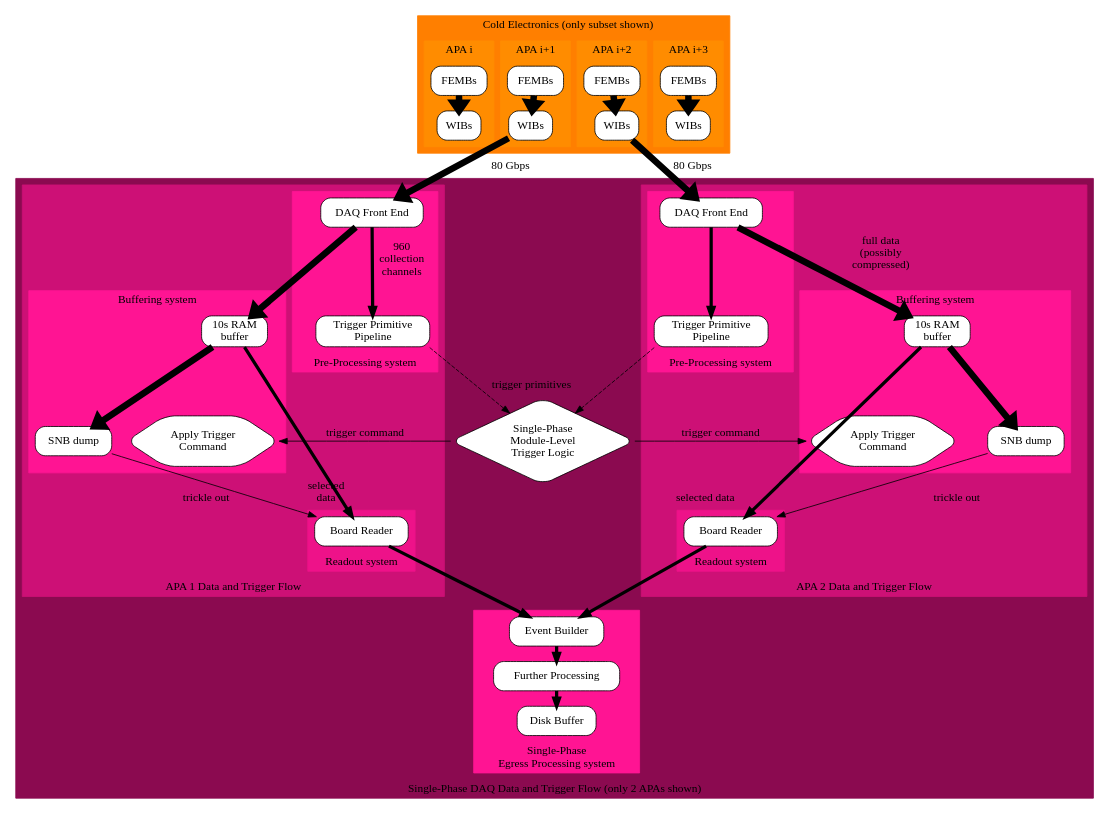
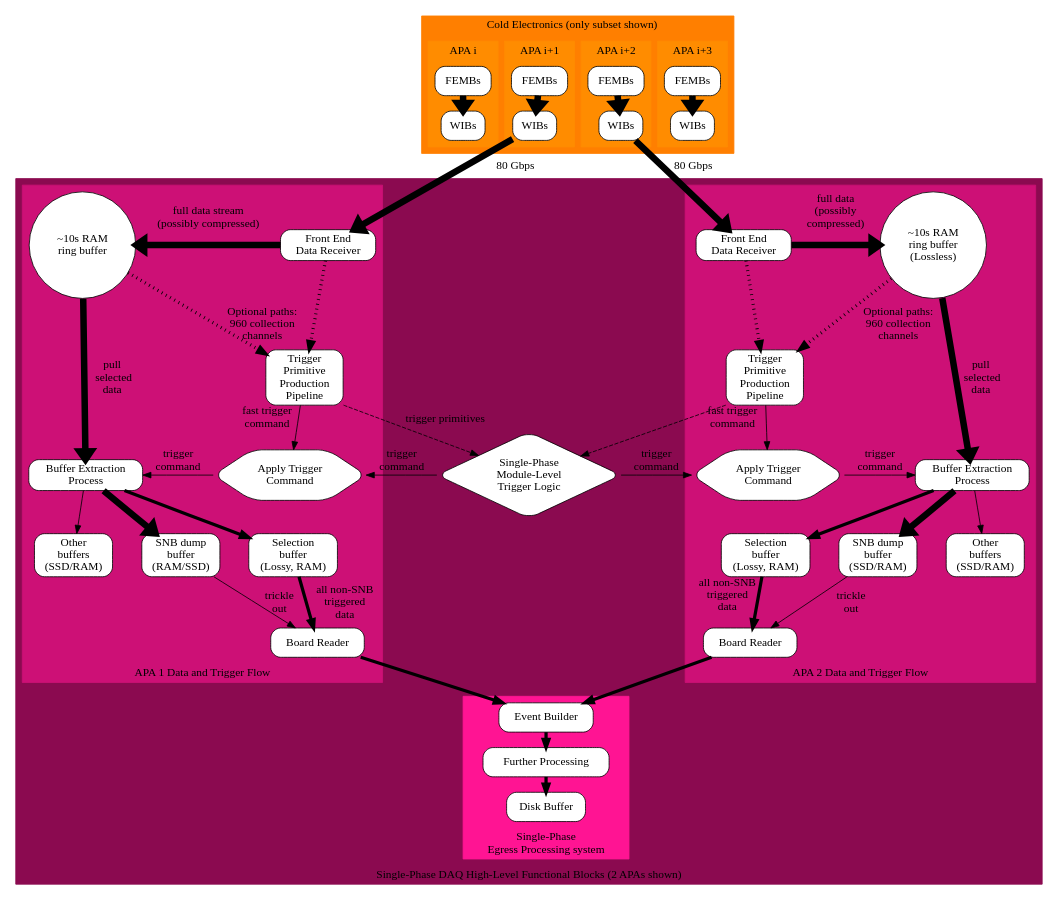
The diagram in docs/sphil.dot (brettviren/thread-tests), drawn with Graphviz before and after one commit. The commit also changed 3 other files, not shown here.

```diff
--- a/docs/sphil.dot
+++ b/docs/sphil.dot
@@ -1,158 +1,166 @@
 digraph sphil {
         node [style="rounded,filled",color=black,shape=box,fillcolor=white];
         graph [style=filled, splines=line, overlap=false];
         subgraph cluster_ce {
                 label="       Cold Electronics (only subset shown)          ";
                 graph[color=darkorange1, ranksep=1.8, nodesep=.5];
                 subgraph cluster_ceapa2{
                         label="APA i+3";
                         graph[color=darkorange];
                         CEi[label="FEMBs"];
                         WIBi[label="WIBs"];
                 }
                 subgraph cluster_ceapa4 {
                         label="APA i+1";
                         graph[color=darkorange];
                         CE1[label="FEMBs"];
                         WIB1[label="WIBs"];
                 }
                 subgraph cluster_ceapa1 {
                         label="APA i+2";
                         graph[color=darkorange];
                         CE2[label="FEMBs"];
                         WIB2[label="WIBs"];
                 }
                 subgraph cluster_ceapa3 {
                         label="APA i";
                         graph[color=darkorange];
                         CEj[label="FEMBs"];
                         WIBj[label="WIBs"];
                 }
         }
+
         subgraph cluster_daq {
-                label="Single-Phase DAQ Data and Trigger Flow (only 2 APAs shown)";
+                label="Single-Phase DAQ High-Level Functional Blocks (2 APAs shown)";
                 labelloc=bottom;
                 graph[color=deeppink4];                
 
                 trig[shape=diamond,label="Single-Phase\nModule-Level\nTrigger Logic"];
 
-                subgraph cluster_apa {
+                subgraph cluster_apa1 {
                         label="APA 1 Data and Trigger Flow";
                         graph[color=deeppink3];
-                        subgraph cluster_fe {
-                                label="Pre-Processing system";
-                                graph[color=deeppink1];
-                                fe[label="DAQ Front End"];
-                                pipe[label="Trigger Primitive\nPipeline"];
-                        }
-                        subgraph cluster_buf {
-                                label="Buffering system";
-                                labelloc=top;
-                                graph[color=deeppink1, ranksep=.8, nodesep=.25];
-                                buf[label="10s RAM\nbuffer"];
-                                snb[label="SNB dump"];
-                                ro[shape=hexagon,label="Apply Trigger\nCommand"];
-                        }
 
-                        subgraph cluster_ro {
-                                label="Readout system";
-                                graph[color=deeppink2];
-                                br[label="Board Reader"];
-                        }
+                        fe1[label="Front End\nData Receiver"];
+                        pipe1[label="Trigger\nPrimitive\nProduction\nPipeline"];
+                        buf1[shape=circle,label="~10s RAM\nring buffer"];
+                        extraction1[label="Buffer Extraction\nProcess"];
+                        snb1[label="SNB dump\nbuffer\n(RAM/SSD)"];
+                        sel1[label="Selection\nbuffer\n(Lossy, RAM)"];
+                        etc1[label="Other\nbuffers\n(SSD/RAM)"]
+                        ro1[shape=hexagon,label="Apply Trigger\nCommand"];
+                        br1[label="Board Reader"];
+
+                        {rank=same fe1, buf1}
+                        {rank=same extraction1, ro1}
+                        {rank=same snb1, sel1, etc1}
+
                 }
 
                 subgraph cluster_apa2 {
                         label="APA 2 Data and Trigger Flow";
                         graph[color=deeppink3];
 
-                        subgraph cluster_fe2 {
-                                label="Pre-Processing system";
-                                graph[color=deeppink1];
-                                fe2[label="DAQ Front End"];
-                                pipe2[label="Trigger Primitive\nPipeline"];
-                        }
-                        subgraph cluster_buf2 {
-                                label="Buffering system";
-                                labelloc=top;
-                                graph[color=deeppink1, ranksep=.8, nodesep=.25];
-                                buf2[label="10s RAM\nbuffer"];
-                                snb2[label="SNB dump"];
-                                ro2[shape=hexagon,label="Apply Trigger\nCommand"];
-                                {rank=same
-                                ro2->snb2[style=invis];}
-                                
-                        }
-                        subgraph cluster_ro2 {
-                                label="Readout system";
-                                graph[color=deeppink2];
-                                br2[label="Board Reader"];
-                        }
+                        fe2[label="Front End\nData Receiver"];
+                        pipe2[label="Trigger\nPrimitive\nProduction\nPipeline"];
+                        buf2[shape=circle,label="~10s RAM\nring buffer\n(Lossless)"];
+                        extraction2[label="Buffer Extraction\nProcess"];
+                        snb2[label="SNB dump\nbuffer\n(SSD/RAM)"];
+                        sel2[label="Selection\nbuffer\n(Lossy, RAM)"];
+                        etc2[label="Other\nbuffers\n(SSD/RAM)"];
+                        ro2[shape=hexagon,label="Apply Trigger\nCommand"];
+                        br2[label="Board Reader"];
+
+                        {rank=same fe2, buf2}
+                        {rank=same extraction2, ro2}
+                        {rank=same snb2, sel2, etc2}
+
                 }
                 
                 subgraph cluster_eb {
                         label="Single-Phase\nEgress Processing system";
                         graph[color=deeppink1, ranksep=.8, nodesep=.25];
 
                         eb[label="Event Builder"];
                         fp[label="Further Processing"];
                         dbuf[label="Disk Buffer"];
                 }
         }
         // Full data
         edge[penwidth=8];
+
         CE1->WIB1;
         CE2->WIB2;
         CEi->WIBi
         CEj->WIBj;
-        WIB1->fe[label="  80 Gbps"];
+        WIB1->fe1[label="  80 Gbps"];
         WIB2->fe2[label=" 80 Gbps"];
-        fe->buf//[headlabel="full data\n(possibly\ncompressed)\n\n"];
+
+        buf1->fe1[dir=back,label="full data stream\n(possibly compressed)\n\n"];
         fe2->buf2[label="full data\n(possibly\ncompressed)\n\n"];
         
-        buf->snb;
-        buf2->snb2;
+        buf1->extraction1[label=" pull\n  selected\n data"];
+        buf2->extraction2[label=" pull\n  selected\n data"];
+
+        extraction1->snb1;
+        extraction2->snb2;
         
-
         // collection plane data
         edge[penwidth=4];
-        fe->pipe[label="960\n collection\nchannels"];
-        fe2->pipe2// [label="960\n collection\nchannels"];
+
+        fe1->pipe1[style=dotted];
+        fe2->pipe2[style=dotted];
+
+        buf1->pipe1[label="Optional paths:\n960 collection\nchannels",style=dotted];
+        buf2->pipe2[label="Optional paths:\n960 collection\nchannels",style=dotted];
 
         // reduced data
         edge[pendwidth=2]
-        buf->br[headlabel=" selected\n data\n "];
-        buf2->br2[headlabel=" selected data\n "]
+
+        extraction1->sel1;
+        extraction2->sel2;
+
+        sel1->br1[label="all non-SNB\ntriggered\ndata"];
+        sel2->br2[taillabel="all non-SNB\ntriggered\ndata"];
         
-        br->eb;
+        // egress
+        br1->eb;
         br2->eb;
-
         eb->fp->dbuf;
 
         // trickle
         edge[penwidth=1,style=solid];
-        snb->br[constraint=false,label="trickle out                "];
-        snb2->br2[constraint=false,label="trickle out"];
+        snb1->br1[constraint=false,label="trickle\nout"];
+        snb2->br2[constraint=false,label="trickle\nout"];
         
+        extraction1->etc1;
+        extraction2->etc2;
+
 
         // trigger primitive
         edge[penwidth=1,style=dashed];
-        pipe:se->trig[label="trigger primitives"];
+
+        pipe1:se->trig[label="trigger primitives"];
         pipe2:sw->trig;
 
         // trigger command
         edge[style=solid];
-        trig->ro[label="trigger command"];
-        trig->ro2[label="trigger command"];
 
+        trig->ro1[label="trigger\ncommand"];
+        trig->ro2[label="trigger\ncommand"];
+
+        ro1->extraction1[label="trigger\ncommand"];
+        ro2->extraction2[label="trigger\ncommand"];
+
+        pipe1->ro1[taillabel="fast trigger\ncommand"];
+        pipe2->ro2[taillabel="fast trigger\ncommand"];
+        
+        
         // influence layout
         edge[style=invis];
 
-        trig->br;
-        trig->br2;
-
-        buf->ro;
-        buf2->ro2;
+        etc1->snb1->sel1;
         
-        ro->br;
-        ro2->br2;        
+        sel2->snb2->etc2;
+        
 }
```
